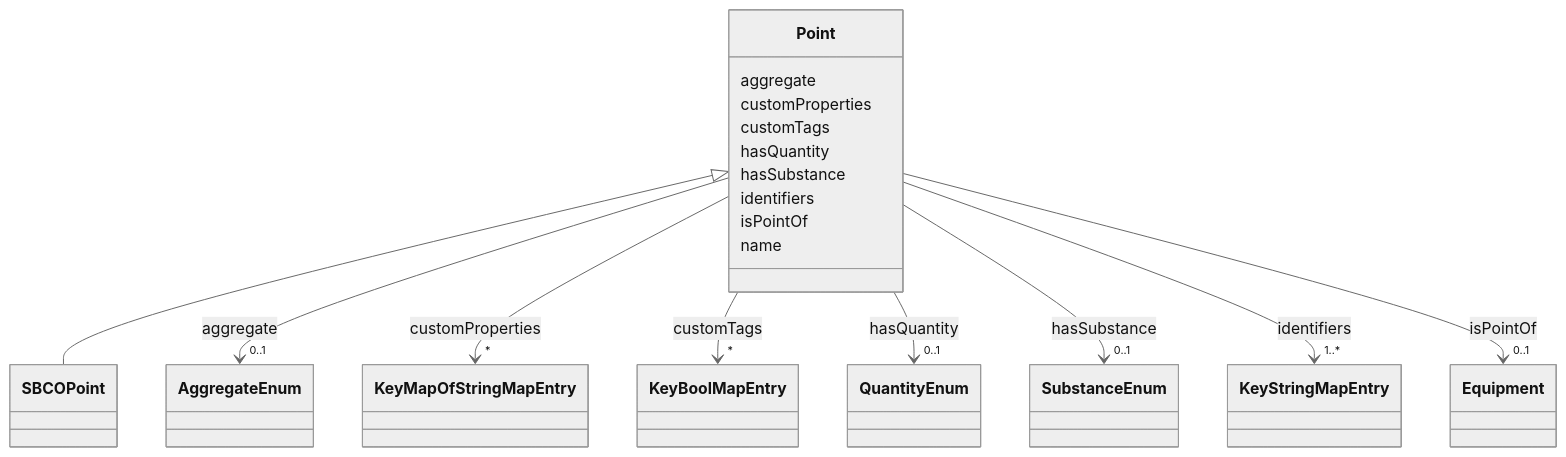
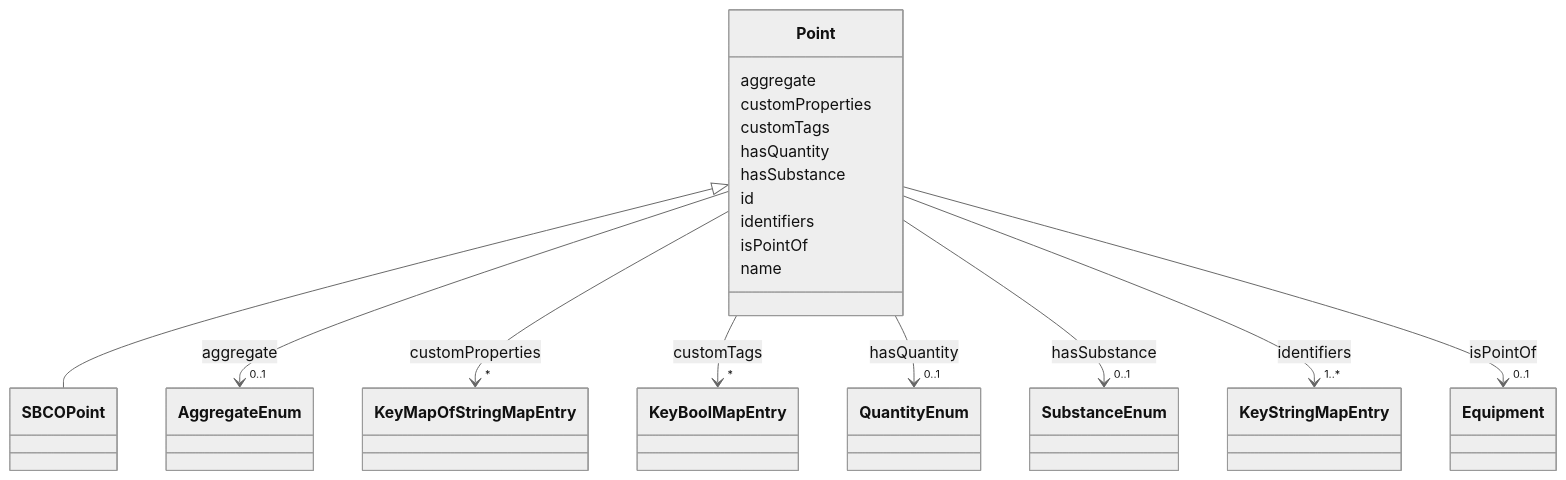
Before and after one commit to takashikasuya/smartbuiding_ontology: the diagram in docs/Point.md, drawn with Mermaid (neutral theme). The commit also changed other lines of this file and 38 other files, not shown here.

Commit message:
Add 'id' slot to Space class in building model schema

```diff
--- a/docs/Point.md
+++ b/docs/Point.md
@@ -77,6 +77,8 @@
     
 
         
+      Point : id
+        
       Point : identifiers
         
           
```
